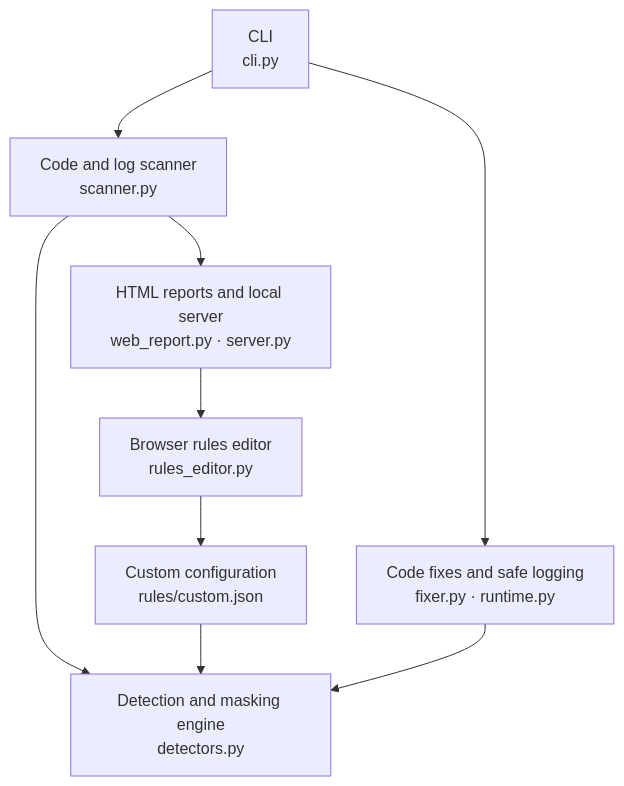
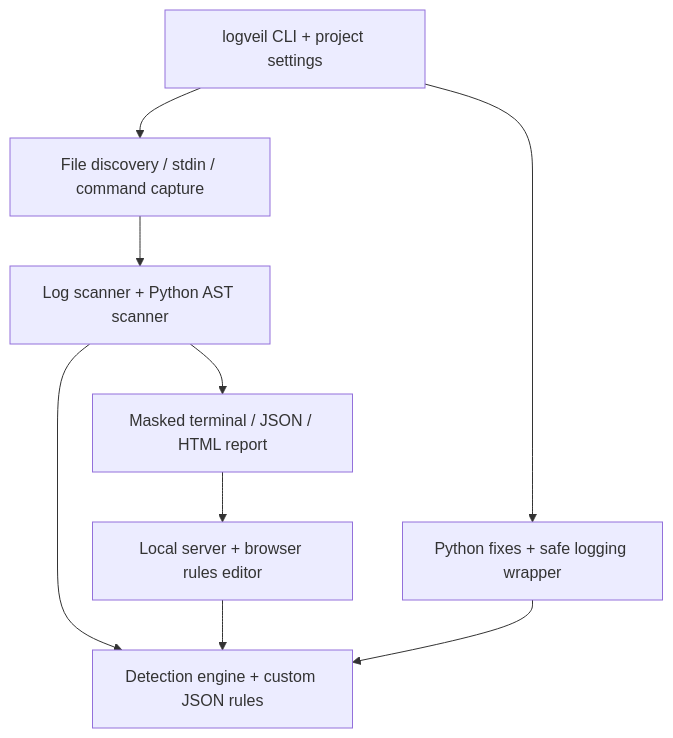
One commit to TisuPaper/bob changed the diagram in README.md. Above: the diagram before and after it, drawn with Mermaid. The commit also changed other lines of this file and 22 other files, not shown here.

````diff
--- a/README.md
+++ b/README.md
@@ -40,11 +141,11 @@
 ```mermaid
 flowchart TD
-    CLI["CLI<br/>cli.py"] --> Scanner["Code and log scanner<br/>scanner.py"]
-    CLI --> Repair["Code fixes and safe logging<br/>fixer.py · runtime.py"]
-    Scanner --> Engine["Detection and masking engine<br/>detectors.py"]
-    Repair --> Engine
-    Scanner --> Web["HTML reports and local server<br/>web_report.py · server.py"]
-    Web --> Editor["Browser rules editor<br/>rules_editor.py"]
-    Editor --> Rules["Custom configuration<br/>rules/custom.json"]
-    Rules --> Engine
+    CLI["logveil CLI + project settings"] --> Inputs["File discovery / stdin / command capture"]
+    Inputs --> Scanner["Log scanner + Python AST scanner"]
+    Scanner --> Rules["Detection engine + custom JSON rules"]
+    Scanner --> Report["Masked terminal / JSON / HTML report"]
+    Report --> Web["Local server + browser rules editor"]
+    Web --> Rules
+    CLI --> Fix["Python fixes + safe logging wrapper"]
+    Fix --> Rules
 ```
````
